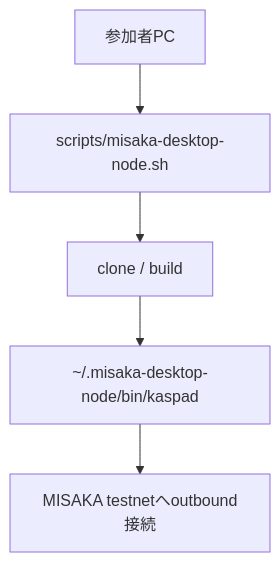
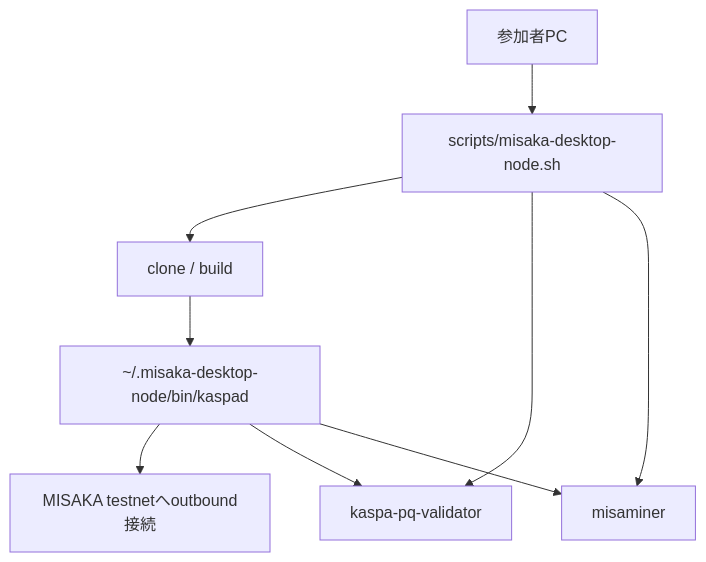
The first of 2 diagrams in contrib/local-desktop-join/docs/design-ja.md (MISAKA-BTC/misakas), drawn with Mermaid before and after one commit. The commit also changed other lines of this file and 11 other files, not shown here.

````diff
--- a/contrib/local-desktop-join/docs/design-ja.md
+++ b/contrib/local-desktop-join/docs/design-ja.md
@@ -17,7 +17,11 @@
 ```mermaid
 flowchart TD
   A["参加者PC"] --> B["scripts/misaka-desktop-node.sh"]
   B --> C["clone / build"]
   C --> D["~/.misaka-desktop-node/bin/kaspad"]
   D --> E["MISAKA testnetへoutbound接続"]
+  B --> F["kaspa-pq-validator"]
+  B --> G["misaminer"]
+  D --> F
+  D --> G
 ```
````
